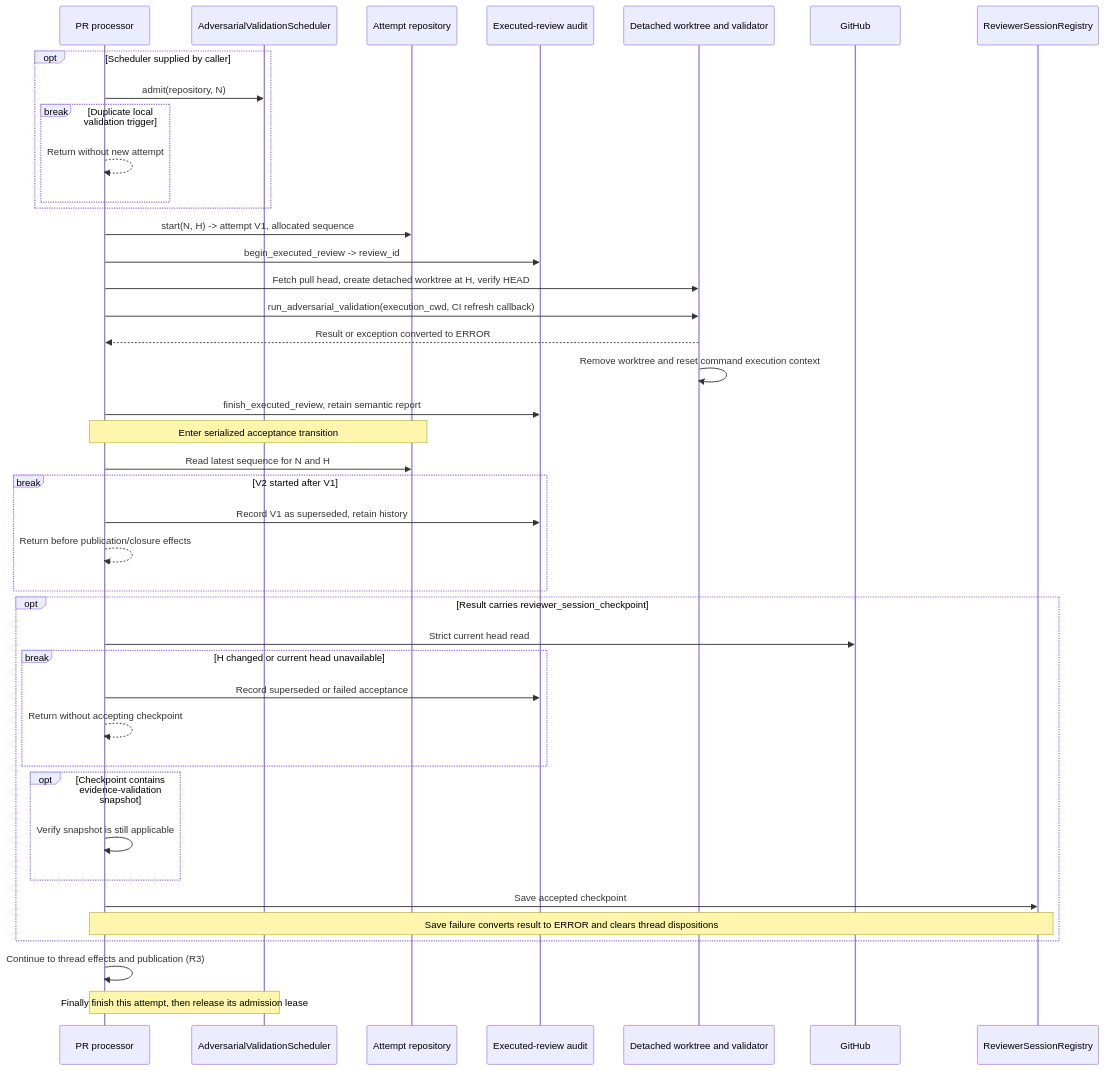
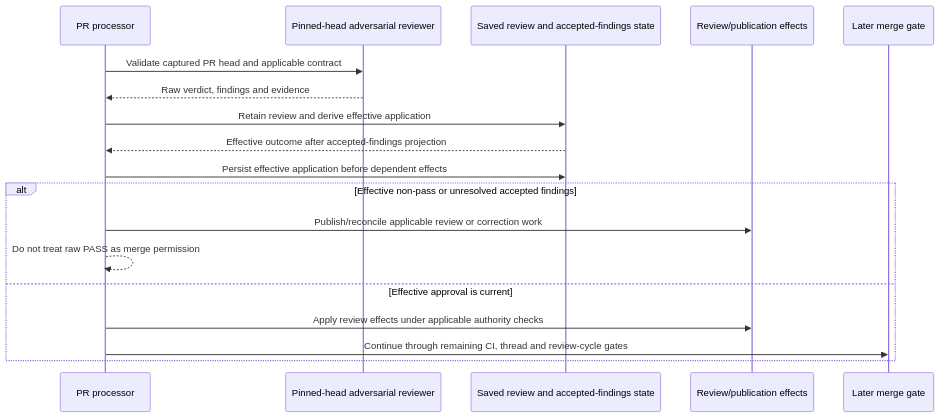
The first of 3 diagrams in docs/architecture/as-is/pr-adversarial-validation.md (kitamura-tetsuo/auto-coder), drawn with Mermaid before and after one commit. The commit also changed other lines of this file and 14 other files, not shown here.

First line of the commit message:
docs: refresh as-is sequences and map refactoring boundaries

````diff
--- a/docs/architecture/as-is/pr-adversarial-validation.md
+++ b/docs/architecture/as-is/pr-adversarial-validation.md
@@ -76,43 +7,20 @@
 ```mermaid
 sequenceDiagram
     participant P as PR processor
-    participant L as AdversarialValidationScheduler
-    participant D as Attempt repository
-    participant A as Executed-review audit
-    participant W as Detached worktree and validator
-    participant G as GitHub
-    participant S as ReviewerSessionRegistry
-    opt Scheduler supplied by caller
-        P->>L: admit(repository, N)
-        break Duplicate local validation trigger
-            P-->>P: Return without new attempt
-        end
+    participant V as Pinned-head adversarial reviewer
+    participant S as Saved review and accepted-findings state
+    participant E as Review/publication effects
+    participant M as Later merge gate
+    P->>V: Validate captured PR head and applicable contract
+    V-->>P: Raw verdict, findings and evidence
+    P->>S: Retain review and derive effective application
+    S-->>P: Effective outcome after accepted-findings projection
+    P->>S: Persist effective application before dependent effects
+    alt Effective non-pass or unresolved accepted findings
+        P->>E: Publish/reconcile applicable review or correction work
+        P-->>P: Do not treat raw PASS as merge permission
+    else Effective approval is current
+        P->>E: Apply review effects under applicable authority checks
+        P->>M: Continue through remaining CI, thread and review-cycle gates
     end
-    P->>D: start(N, H) -> attempt V1, allocated sequence
-    P->>A: begin_executed_review -> review_id
-    P->>W: Fetch pull head, create detached worktree at H, verify HEAD
-    P->>W: run_adversarial_validation(execution_cwd, CI refresh callback)
-    W-->>P: Result or exception converted to ERROR
-    W->>W: Remove worktree and reset command execution context
-    P->>A: finish_executed_review, retain semantic report
-    Note over P,D: Enter serialized acceptance transition
-    P->>D: Read latest sequence for N and H
-    break V2 started after V1
-        P->>A: Record V1 as superseded, retain history
-        P-->>P: Return before publication/closure effects
-    end
-    opt Result carries reviewer_session_checkpoint
-        P->>G: Strict current head read
-        break H changed or current head unavailable
-            P->>A: Record superseded or failed acceptance
-            P-->>P: Return without accepting checkpoint
-        end
-        opt Checkpoint contains evidence-validation snapshot
-            P->>P: Verify snapshot is still applicable
-        end
-        P->>S: Save accepted checkpoint
-        Note over P,S: Save failure converts result to ERROR and clears thread dispositions
-    end
-    P->>P: Continue to thread effects and publication (R3)
-    Note over P,L: Finally finish this attempt, then release its admission lease
 ```
````
